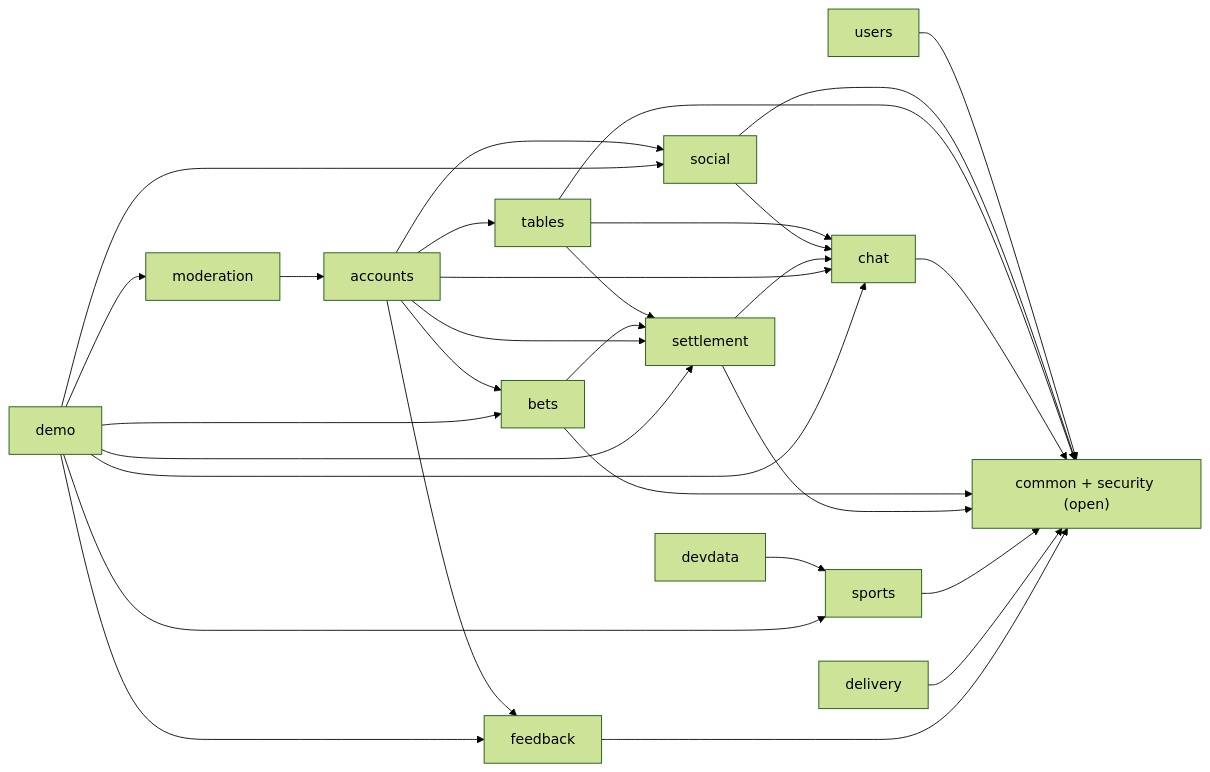
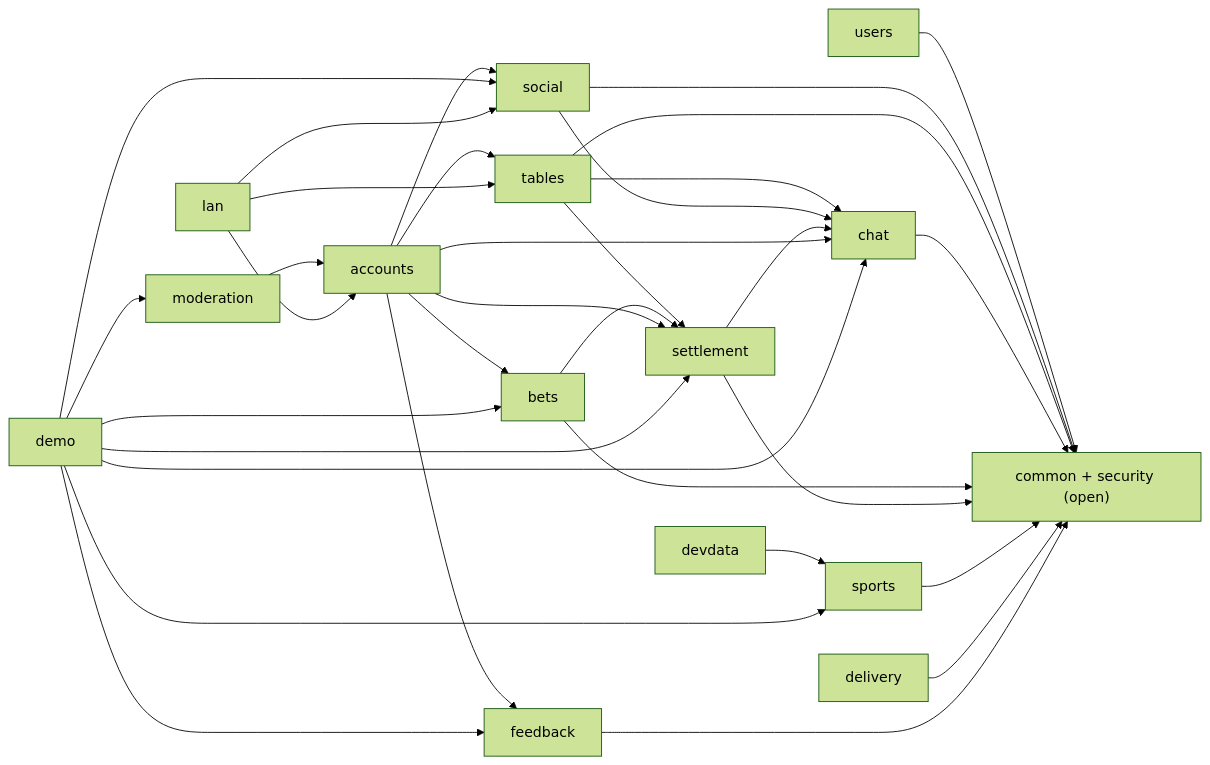
The second of 3 diagrams in docs/site/architecture.md (jackhudsonnnn/PVPicks), drawn with Mermaid (forest theme) before and after one commit. The commit also changed other lines of this file and 141 other files, not shown here.

````diff
--- a/docs/site/architecture.md
+++ b/docs/site/architecture.md
@@ -38,13 +38,14 @@
 ```mermaid
 flowchart LR
   tables --> chat
   tables --> settlement
   social --> chat
   settlement --> chat
   bets --> settlement
   accounts --> tables & chat & social & feedback & settlement & bets
   moderation --> accounts
   devdata --> sports
   demo --> sports & bets & social & chat & settlement & moderation & feedback
+  lan --> accounts & tables & social
   users & social & tables & chat & bets & settlement & sports & delivery & feedback --> shared["common + security (open)"]
 ```
````
